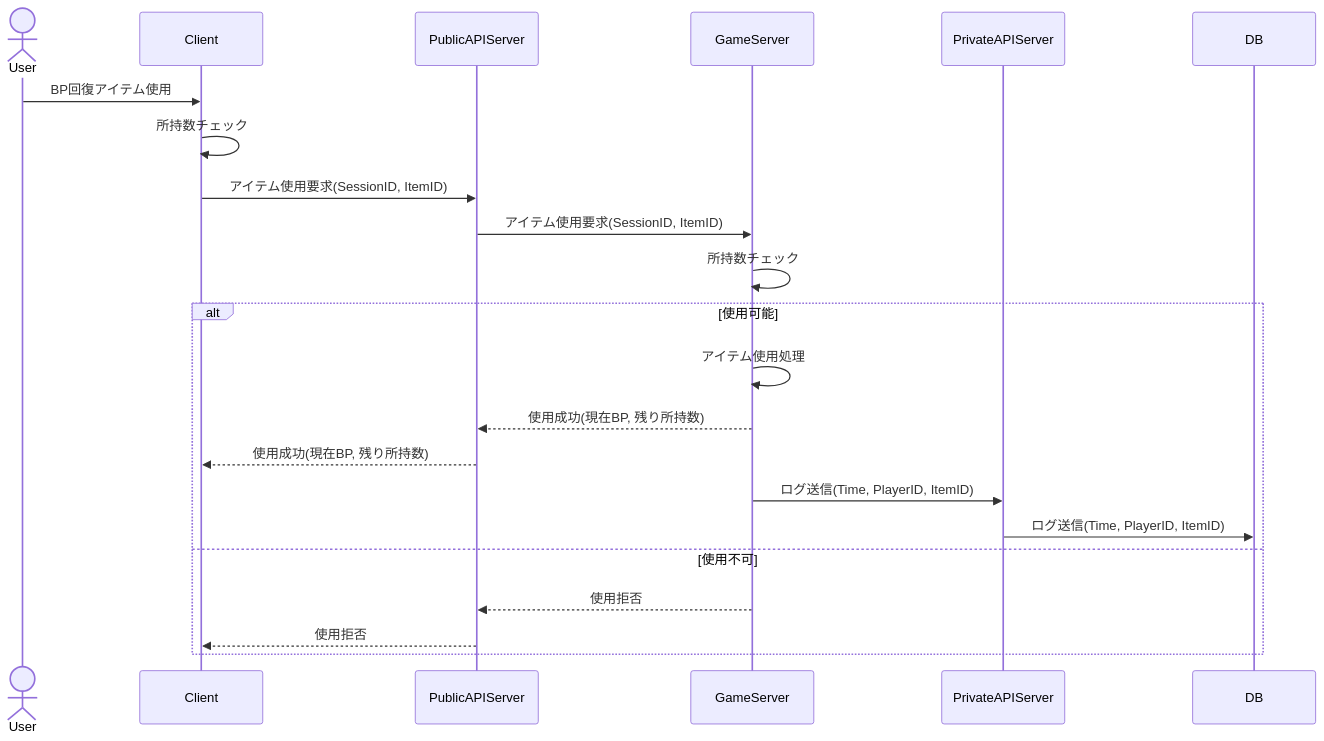
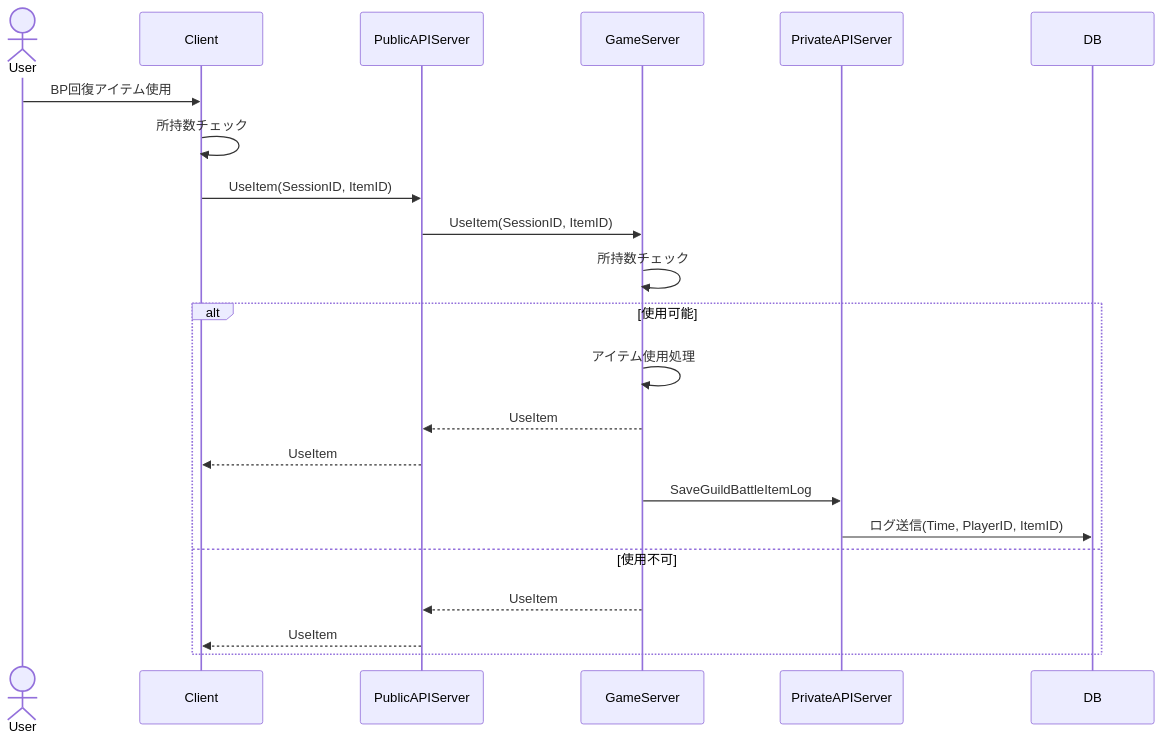
One commit to ReHydrangeaOdyssey/Specifications changed the tenth of 17 diagrams in guild_battle.md. Above: the diagram before and after it, drawn with Mermaid. The commit also changed other lines of this file and 15 other files, not shown here.

````diff
--- a/guild_battle.md
+++ b/guild_battle.md
@@ -749,29 +769,29 @@
 ```mermaid
 sequenceDiagram
     actor User
     participant Client
     participant PublicAPIServer
     participant GameServer
     participant PrivateAPIServer
     participant DB
 
     User->>Client: BP回復アイテム使用
     Client->>Client: 所持数チェック
-    Client->>PublicAPIServer: アイテム使用要求(SessionID, ItemID)
-    PublicAPIServer->>GameServer: アイテム使用要求(SessionID, ItemID)
+    Client->>PublicAPIServer: UseItem(SessionID, ItemID)
+    PublicAPIServer->>GameServer: UseItem(SessionID, ItemID)
 
     GameServer->>GameServer: 所持数チェック
 
     alt 使用可能
         GameServer->>GameServer: アイテム使用処理
-        GameServer-->>PublicAPIServer: 使用成功(現在BP, 残り所持数)
-        PublicAPIServer-->>Client: 使用成功(現在BP, 残り所持数)
+        GameServer-->>PublicAPIServer: UseItem
+        PublicAPIServer-->>Client: UseItem
 
-        GameServer ->> PrivateAPIServer: ログ送信(Time, PlayerID, ItemID)
+        GameServer ->> PrivateAPIServer: SaveGuildBattleItemLog
         PrivateAPIServer ->> DB: ログ送信(Time, PlayerID, ItemID)
     else 使用不可
-        GameServer-->>PublicAPIServer: 使用拒否
-        PublicAPIServer-->>Client: 使用拒否
+        GameServer-->>PublicAPIServer: UseItem
+        PublicAPIServer-->>Client: UseItem
     end
 
 ```
````
